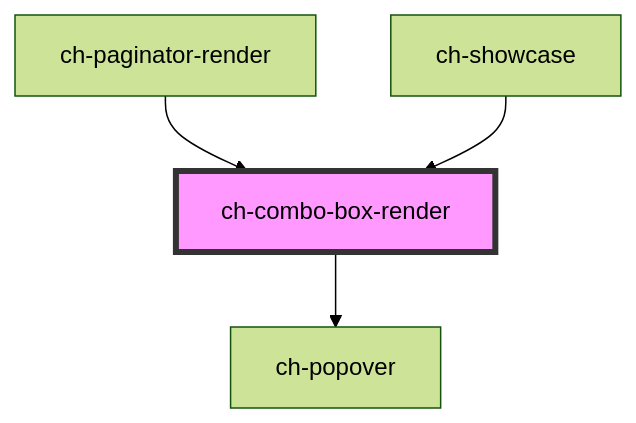
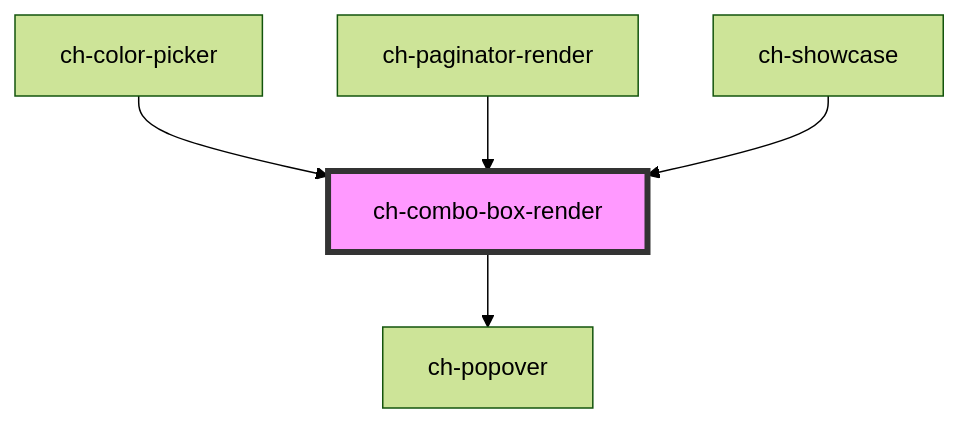
The diagram in src/components/combo-box/readme.md (genexuslabs/chameleon-controls-library), drawn with Mermaid (forest theme) before and after one commit. The commit also changed other lines of this file and 25 other files, not shown here.

````diff
--- a/src/components/combo-box/readme.md
+++ b/src/components/combo-box/readme.md
@@ -78,7 +79,8 @@
 ```mermaid
 graph TD;
   ch-combo-box-render --> ch-popover
+  ch-color-picker --> ch-combo-box-render
   ch-paginator-render --> ch-combo-box-render
   ch-showcase --> ch-combo-box-render
   style ch-combo-box-render fill:#f9f,stroke:#333,stroke-width:4px
 ```
````
